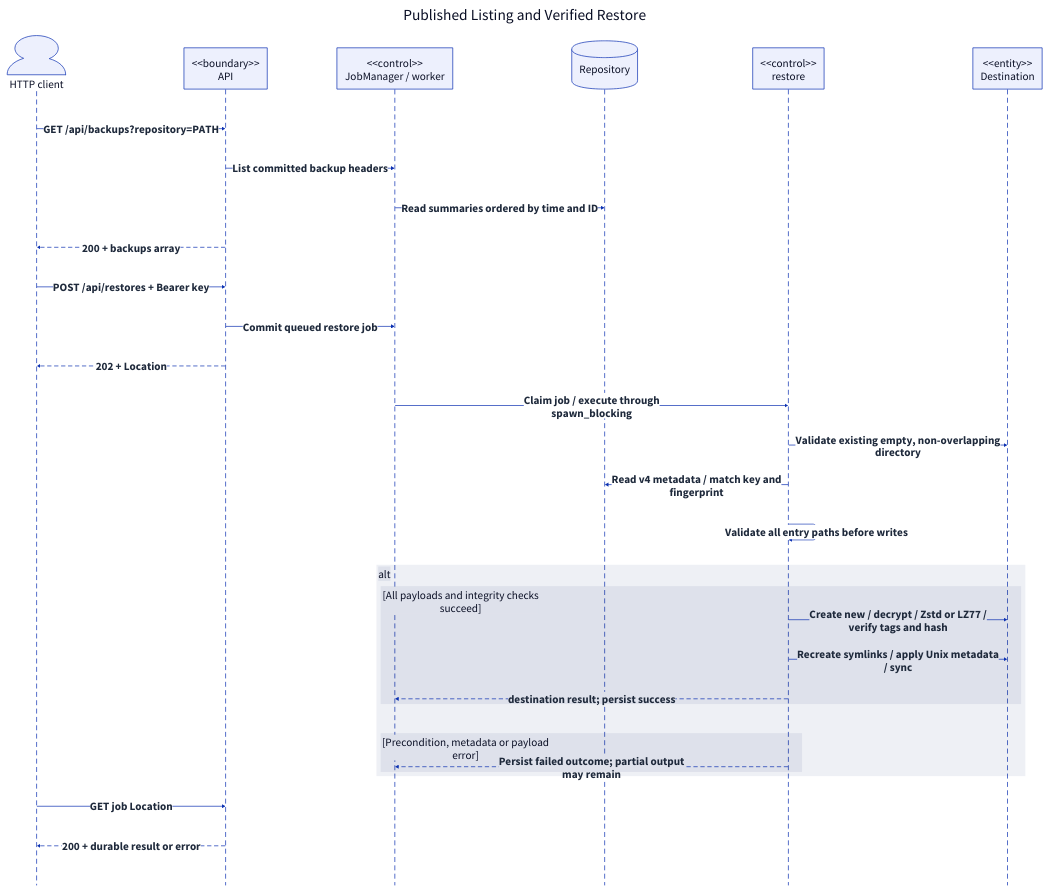
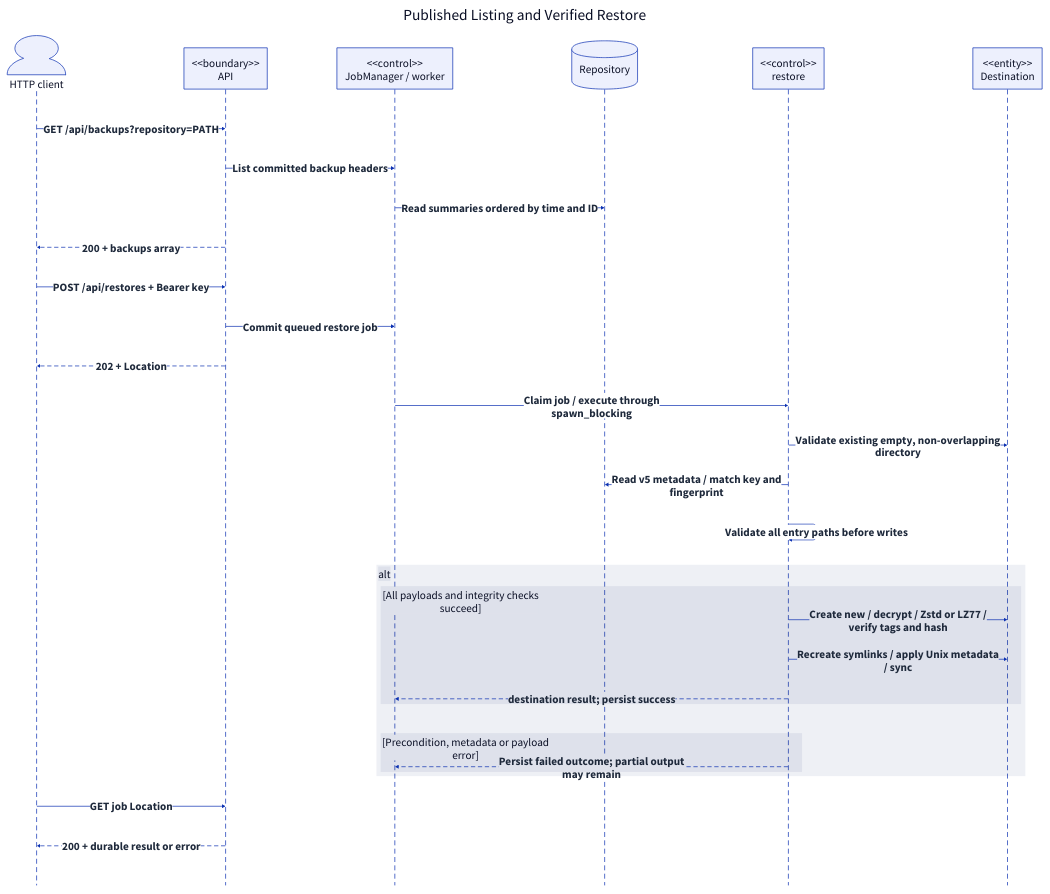
Before and after one commit to qi7876/software-development-exp: the diagram in docs/report/generated/system-sequence-restore.d2, drawn with D2. The commit also changed 33 other files, not shown here.

```diff
--- a/docs/report/generated/system-sequence-restore.d2
+++ b/docs/report/generated/system-sequence-restore.d2
@@ -1,41 +1,41 @@
 # Generated from docs/report/model.yaml; do not edit directly.
 direction: down
 **.style.font-size: 32
 (** -> **)[*].style: {font-size: 32; bold: true; italic: false; font-color: "#1E293B"}
 (** -- **)[*].style: {font-size: 32; bold: true; italic: false; font-color: "#1E293B"}
 (** <- **)[*].style: {font-size: 32; bold: true; italic: false; font-color: "#1E293B"}
 diagram: "Published Listing and Verified Restore" {
   style.font-size: 44
   style.fill: white
   style.stroke: transparent
   shape: sequence_diagram
   Client: "HTTP client" {shape: person}
   API: "<<boundary>>\nAPI" {shape: rectangle}
   Jobs: "<<control>>\nJobManager / worker" {shape: rectangle}
   Repo: "Repository" {shape: cylinder}
   Restore: "<<control>>\nrestore" {shape: rectangle}
   Dest: "<<entity>>\nDestination" {shape: rectangle}
   Client -> API: "GET /api/backups?repository=PATH"
   API -> Jobs: "List committed backup headers"
   Jobs -> Repo: "Read summaries ordered by time and ID"
   API -> Client: "200 + backups array" {style.stroke-dash: 5}
   Client -> API: "POST /api/restores + Bearer key"
   API -> Jobs: "Commit queued restore job"
   API -> Client: "202 + Location" {style.stroke-dash: 5}
   Jobs -> Restore: "Claim job / execute through\nspawn_blocking"
   Restore -> Dest: "Validate existing empty, non-overlapping\ndirectory"
-  Restore -> Repo: "Read v4 metadata / match key and\nfingerprint"
+  Restore -> Repo: "Read v5 metadata / match key and\nfingerprint"
   Restore -> Restore: "Validate all entry paths before writes"
   fragment_11: alt {
     branch_11: "[All payloads and integrity checks\nsucceed]" {
       Restore -> Dest: "Create new / decrypt / Zstd or LZ77 /\nverify tags and hash"
       Restore -> Dest: "Recreate symlinks / apply Unix metadata\n/ sync"
       Restore -> Jobs: "destination result; persist success" {style.stroke-dash: 5}
     }
     branch_15: "[Precondition, metadata or payload\nerror]" {
       Restore -> Jobs: "Persist failed outcome; partial output\nmay remain" {style.stroke-dash: 5}
     }
   }
   Client -> API: "GET job Location"
   API -> Client: "200 + durable result or error" {style.stroke-dash: 5}
 }
```
